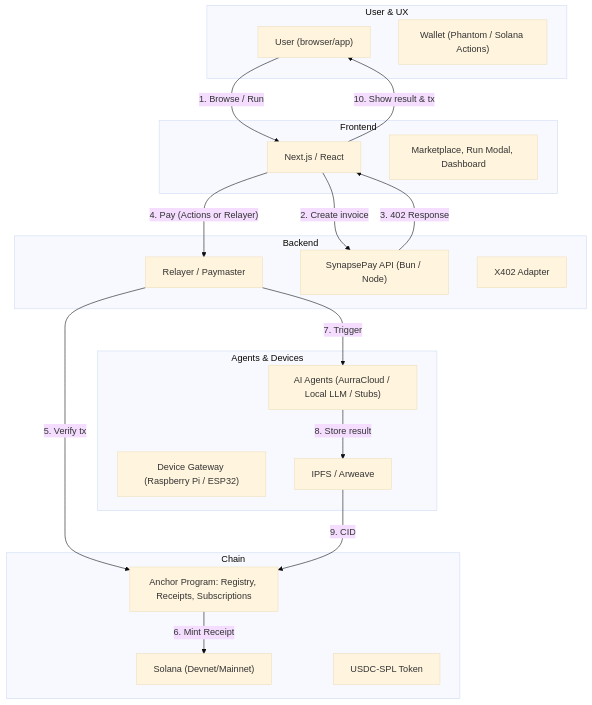
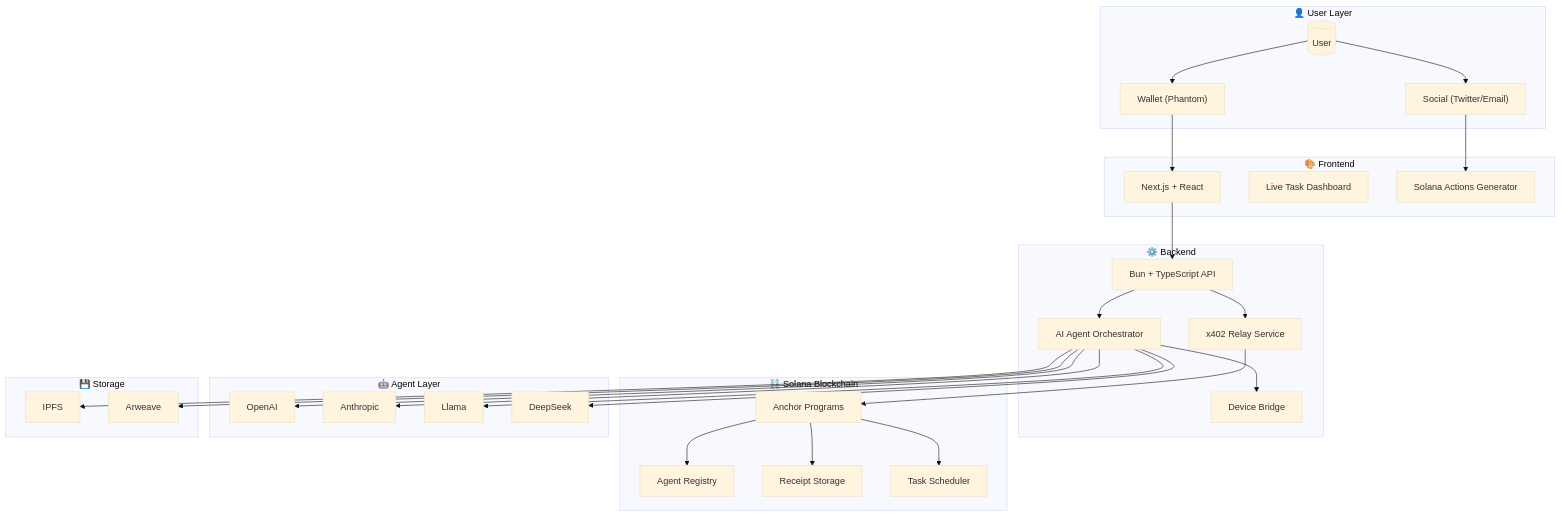
One commit to samarabdelhameed/SynapsePay changed the diagram in README.md. Above: the diagram before and after it, drawn with Mermaid (base theme). The commit also changed other lines of this file and 1 other file, not shown here.

````diff
--- a/README.md
+++ b/README.md
@@ -46,41 +153,59 @@
 ```mermaid
 graph TB
-    subgraph UserUX["User & UX"]
-        U["User (browser/app)"]
-        Wallet["Wallet (Phantom / Solana Actions)"]
+    subgraph UserLayer["👤 User Layer"]
+        User[("User")]
+        Wallet["Wallet (Phantom)"]
+        Social["Social (Twitter/Email)"]
     end
 
-    subgraph Frontend
-        Web["Next.js / React"]
-        UI["Marketplace, Run Modal, Dashboard"]
+    subgraph Frontend["🎨 Frontend"]
+        NextJS["Next.js + React"]
+        Dashboard["Live Task Dashboard"]
+        ActionGen["Solana Actions Generator"]
     end
 
-    subgraph Backend
-        Relayer["Relayer / Paymaster"]
-        API["SynapsePay API (Bun / Node)"]
-        X402["X402 Adapter"]
+    subgraph Backend["⚙️ Backend"]
+        BunAPI["Bun + TypeScript API"]
+        X402Relay["x402 Relay Service"]
+        AIOrchestrator["AI Agent Orchestrator"]
+        DeviceBridge["Device Bridge"]
     end
 
-    subgraph Chain
-        Solana["Solana (Devnet/Mainnet)"]
-        Anchor["Anchor Program: Registry, Receipts, Subscriptions"]
-        USDC["USDC-SPL Token"]
+    subgraph Blockchain["⛓️ Solana Blockchain"]
+        Anchor["Anchor Programs"]
+        Registry["Agent Registry"]
+        Receipts["Receipt Storage"]
+        Scheduler["Task Scheduler"]
     end
 
-    subgraph AgentsDevices["Agents & Devices"]
-        Agents["AI Agents (AurraCloud / Local LLM / Stubs)"]
-        Devices["Device Gateway (Raspberry Pi / ESP32)"]
-        Storage["IPFS / Arweave"]
+    subgraph Agents["🤖 Agent Layer"]
+        OpenAI["OpenAI"]
+        Anthropic["Anthropic"]
+        Llama["Llama"]
+        DeepSeek["DeepSeek"]
     end
 
-    U -->|"1. Browse / Run"| Web
-    Web -->|"2. Create invoice"| API
-    API -->|"3. 402 Response"| Web
-    Web -->|"4. Pay (Actions or Relayer)"| Relayer
-    Relayer -->|"5. Verify tx"| Anchor
-    Anchor -->|"6. Mint Receipt"| Solana
-    Relayer -->|"7. Trigger"| Agents
-    Agents -->|"8. Store result"| Storage
-    Storage -->|"9. CID"| Anchor
-    Web -->|"10. Show result & tx"| U
+    subgraph Storage["💾 Storage"]
+        IPFS["IPFS"]
+        Arweave["Arweave"]
+    end
+
+    User --> Wallet
+    User --> Social
+    Wallet --> NextJS
+    Social --> ActionGen
+    NextJS --> BunAPI
+    BunAPI --> X402Relay
+    X402Relay --> Anchor
+    Anchor --> Registry
+    Anchor --> Receipts
+    Anchor --> Scheduler
+    BunAPI --> AIOrchestrator
+    AIOrchestrator --> OpenAI
+    AIOrchestrator --> Anthropic
+    AIOrchestrator --> Llama
+    AIOrchestrator --> DeepSeek
+    AIOrchestrator --> DeviceBridge
+    AIOrchestrator --> IPFS
+    AIOrchestrator --> Arweave
 ```
````
